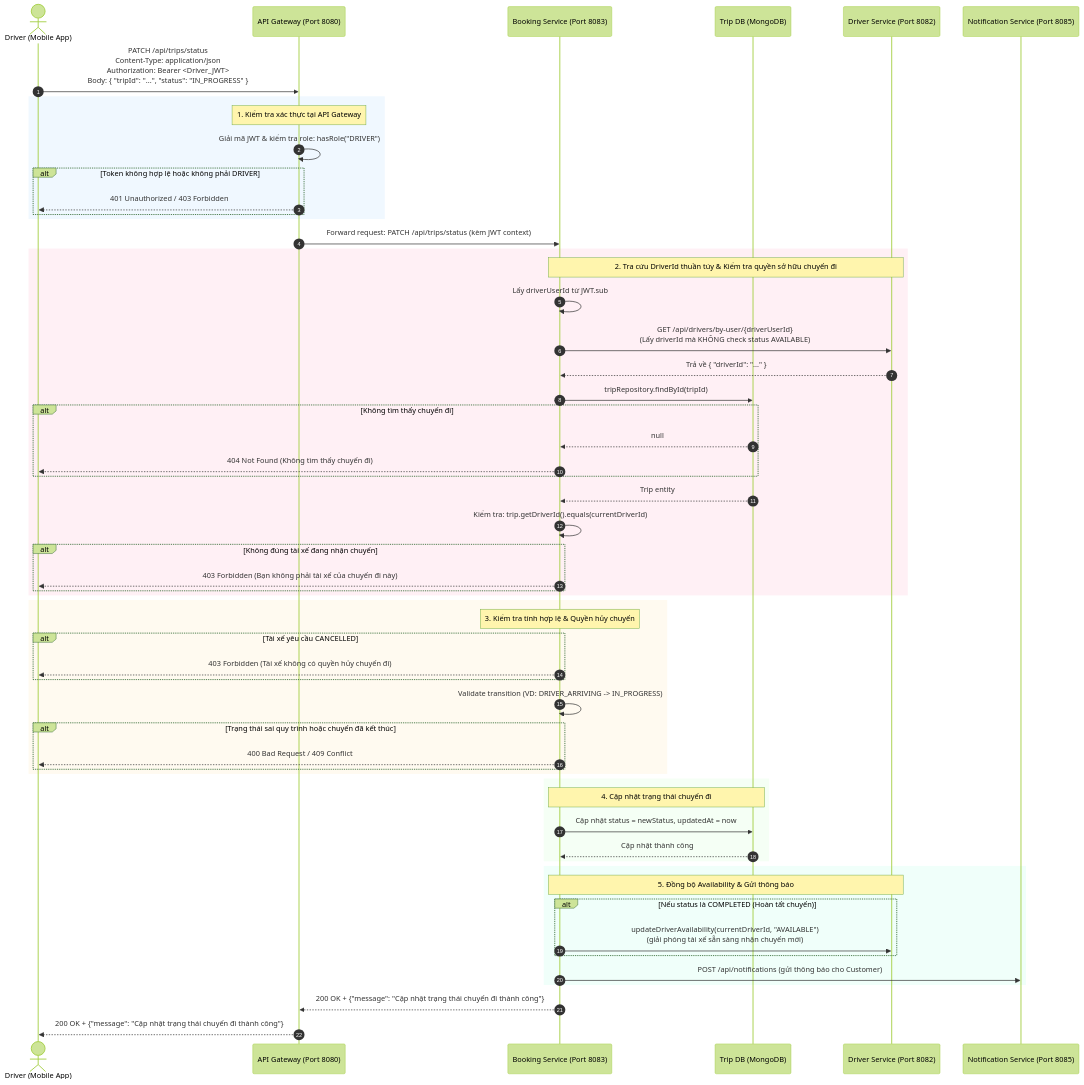
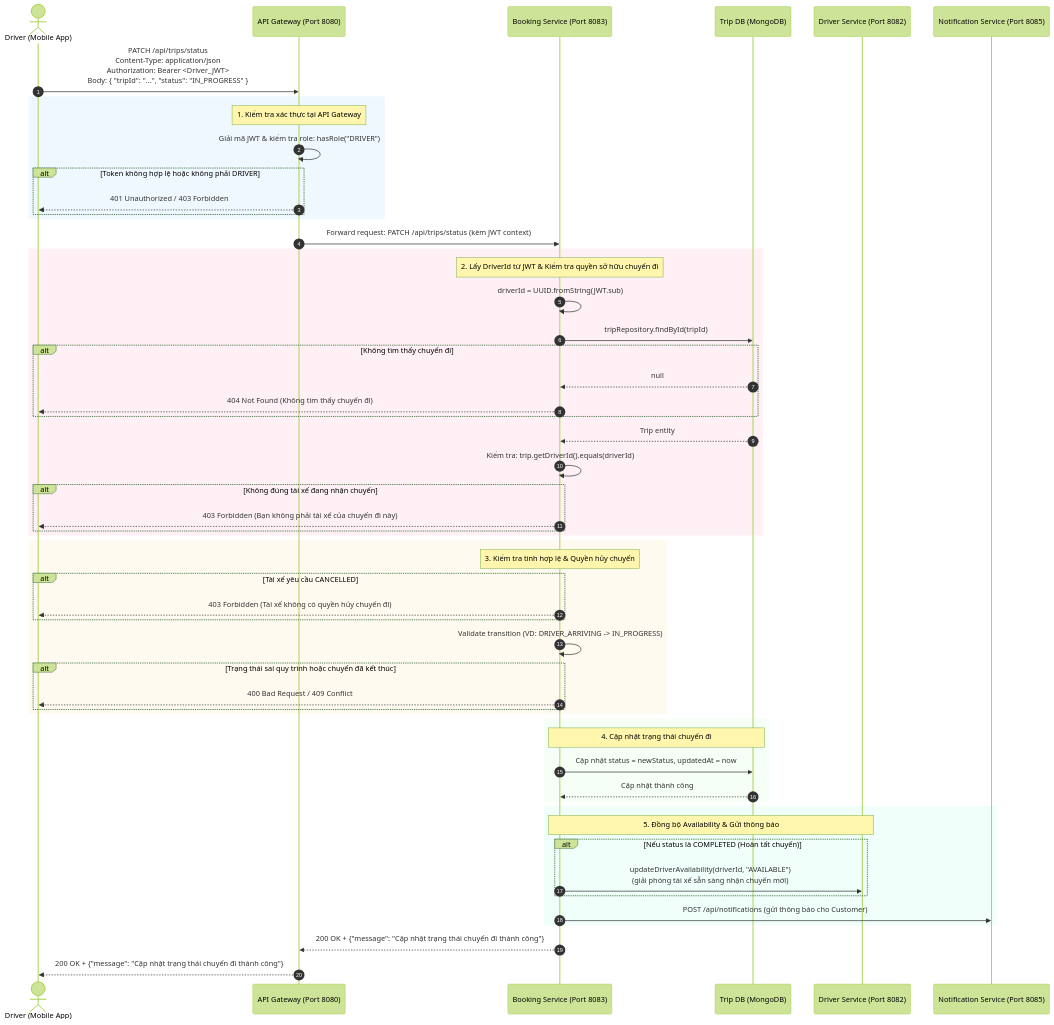
Before and after one commit to DoTienThanh325/driver_app: the diagram in bookingservice/README.md, drawn with Mermaid (forest theme). The commit also changed other lines of this file and 12 other files, not shown here.

````diff
--- a/bookingservice/README.md
+++ b/bookingservice/README.md
@@ -29,70 +31,68 @@
 ```mermaid
 sequenceDiagram
     autonumber
     actor Driver as Driver (Mobile App)
     participant Gateway as API Gateway (Port 8080)
     participant BookingService as Booking Service (Port 8083)
     participant MongoDB as Trip DB (MongoDB)
     participant DriverService as Driver Service (Port 8082)
     participant NotificationService as Notification Service (Port 8085)
 
     Driver->>Gateway: PATCH /api/trips/status<br/>Content-Type: application/json<br/>Authorization: Bearer <Driver_JWT><br/>Body: { "tripId": "...", "status": "IN_PROGRESS" }
     
     rect rgb(240, 248, 255)
         note over Gateway: 1. Kiểm tra xác thực tại API Gateway
         Gateway->>Gateway: Giải mã JWT & kiểm tra role: hasRole("DRIVER")
         alt Token không hợp lệ hoặc không phải DRIVER
             Gateway-->>Driver: 401 Unauthorized / 403 Forbidden
         end
     end
 
     Gateway->>BookingService: Forward request: PATCH /api/trips/status (kèm JWT context)
 
     rect rgb(255, 240, 245)
-        note over BookingService, DriverService: 2. Tra cứu DriverId thuần túy & Kiểm tra quyền sở hữu chuyến đi
-        BookingService->>BookingService: Lấy driverUserId từ JWT.sub
-        BookingService->>DriverService: GET /api/drivers/by-user/{driverUserId}<br/>(Lấy driverId mà KHÔNG check status AVAILABLE)
-        DriverService-->>BookingService: Trả về { "driverId": "..." }
+        note over BookingService: 2. Lấy DriverId từ JWT & Kiểm tra quyền sở hữu chuyến đi
+        BookingService->>BookingService: driverId = UUID.fromString(JWT.sub)
 
         BookingService->>MongoDB: tripRepository.findById(tripId)
         alt Không tìm thấy chuyến đi
             MongoDB-->>BookingService: null
             BookingService-->>Driver: 404 Not Found (Không tìm thấy chuyến đi)
         end
         MongoDB-->>BookingService: Trip entity
 
-        BookingService->>BookingService: Kiểm tra: trip.getDriverId().equals(currentDriverId)
+        BookingService->>BookingService: Kiểm tra: trip.getDriverId().equals(driverId)
         alt Không đúng tài xế đang nhận chuyến
             BookingService-->>Driver: 403 Forbidden (Bạn không phải tài xế của chuyến đi này)
         end
     end
 
     rect rgb(255, 250, 240)
         note over BookingService: 3. Kiểm tra tính hợp lệ & Quyền hủy chuyến
         alt Tài xế yêu cầu CANCELLED
             BookingService-->>Driver: 403 Forbidden (Tài xế không có quyền hủy chuyến đi)
         end
         BookingService->>BookingService: Validate transition (VD: DRIVER_ARRIVING -> IN_PROGRESS)
         alt Trạng thái sai quy trình hoặc chuyến đã kết thúc
             BookingService-->>Driver: 400 Bad Request / 409 Conflict
         end
     end
 
     rect rgb(245, 255, 245)
         note over BookingService, MongoDB: 4. Cập nhật trạng thái chuyến đi
         BookingService->>MongoDB: Cập nhật status = newStatus, updatedAt = now
         MongoDB-->>BookingService: Cập nhật thành công
     end
 
     rect rgb(240, 255, 250)
         note over BookingService, DriverService: 5. Đồng bộ Availability & Gửi thông báo
         alt Nếu status là COMPLETED (Hoàn tất chuyến)
-            BookingService->>DriverService: updateDriverAvailability(currentDriverId, "AVAILABLE")<br/>(giải phóng tài xế sẵn sàng nhận chuyến mới)
+            BookingService->>DriverService: updateDriverAvailability(driverId, "AVAILABLE")<br/>(giải phóng tài xế sẵn sàng nhận chuyến mới)
         end
 
         BookingService->>NotificationService: POST /api/notifications (gửi thông báo cho Customer)
     end
 
     BookingService-->>Gateway: 200 OK + {"message": "Cập nhật trạng thái chuyến đi thành công"}
     Gateway-->>Driver: 200 OK + {"message": "Cập nhật trạng thái chuyến đi thành công"}
 ```
````
